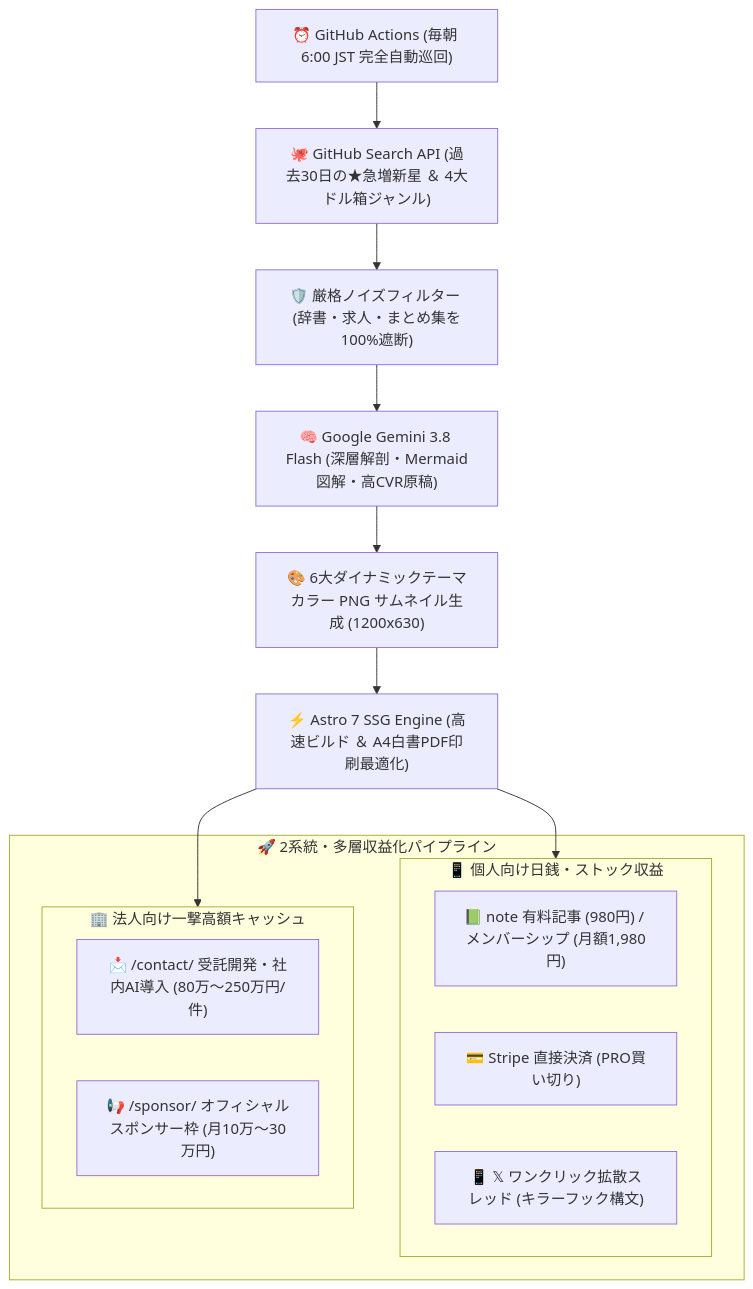
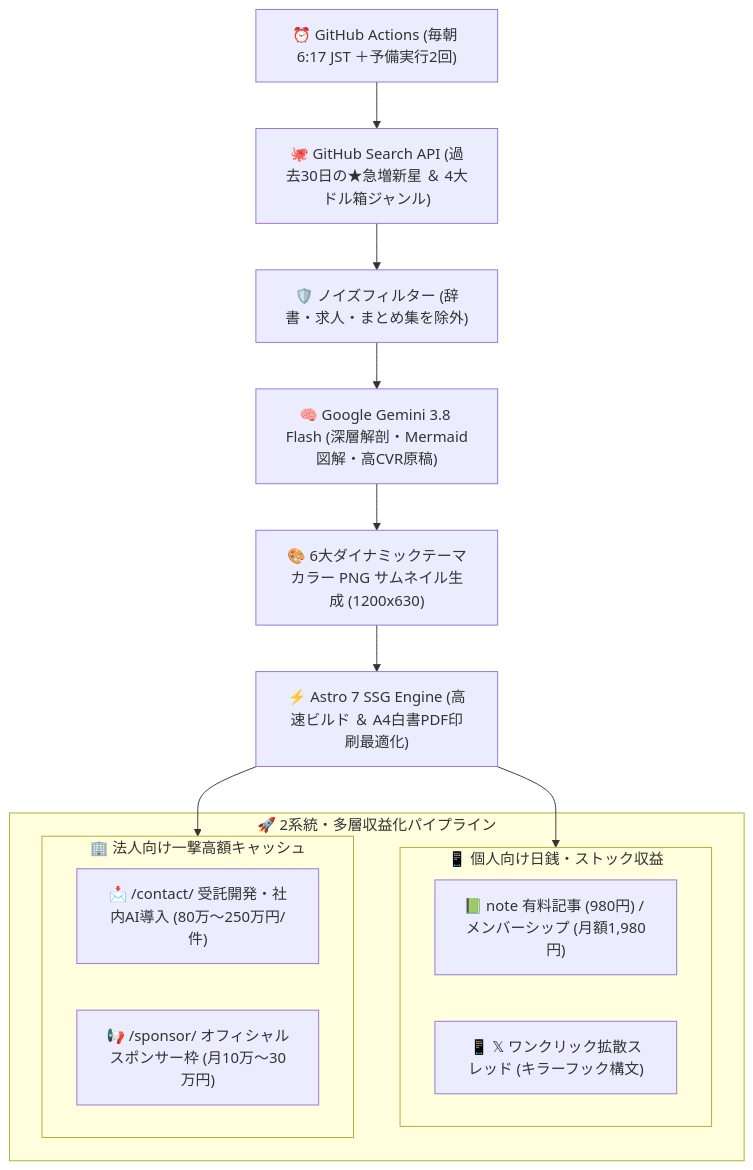
The diagram in README.md (ssk0224/auto-tech-radar), drawn with Mermaid before and after one commit. The commit also changed other lines of this file and 100 other files, not shown here.

````diff
--- a/README.md
+++ b/README.md
@@ -41,30 +41,29 @@
 ```mermaid
 flowchart TD
-    Cron["⏰ GitHub Actions (毎朝 6:00 JST 完全自動巡回)"]
+    Cron["⏰ GitHub Actions (毎朝 6:17 JST ＋予備実行2回)"]
     API["🐙 GitHub Search API (過去30日の★急増新星 ＆ 4大ドル箱ジャンル)"]
-    Noise["🛡️ 厳格ノイズフィルター (辞書・求人・まとめ集を100%遮断)"]
+    Noise["🛡️ ノイズフィルター (辞書・求人・まとめ集を除外)"]
     AI["🧠 Google Gemini 3.8 Flash (深層解剖・Mermaid図解・高CVR原稿)"]
     OGP["🎨 6大ダイナミックテーマカラー PNG サムネイル生成 (1200x630)"]
     Build["⚡ Astro 7 SSG Engine (高速ビルド ＆ A4白書PDF印刷最適化)"]
 
     Cron --> API
     API --> Noise
     Noise --> AI
     AI --> OGP
     OGP --> Build
 
     subgraph Channels["🚀 2系統・多層収益化パイプライン"]
         subgraph Retail["📱 個人向け日銭・ストック収益"]
             Note["📗 note 有料記事 (980円) / メンバーシップ (月額1,980円)"]
-            Stripe["💳 Stripe 直接決済 (PRO買い切り)"]
             X["📱 𝕏 ワンクリック拡散スレッド (キラーフック構文)"]
         end
         subgraph Enterprise["🏢 法人向け一撃高額キャッシュ"]
             B2B["📩 /contact/ 受託開発・社内AI導入 (80万〜250万円/件)"]
             Sponsor["📢 /sponsor/ オフィシャルスポンサー枠 (月10万〜30万円)"]
         end
     end
 
     Build --> Retail
     Build --> Enterprise
 ```
````
